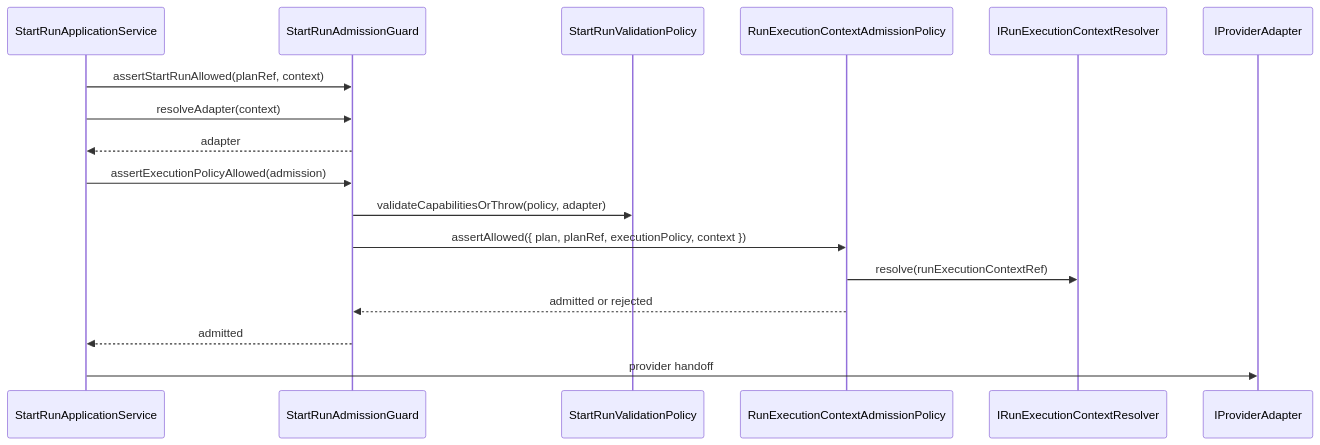
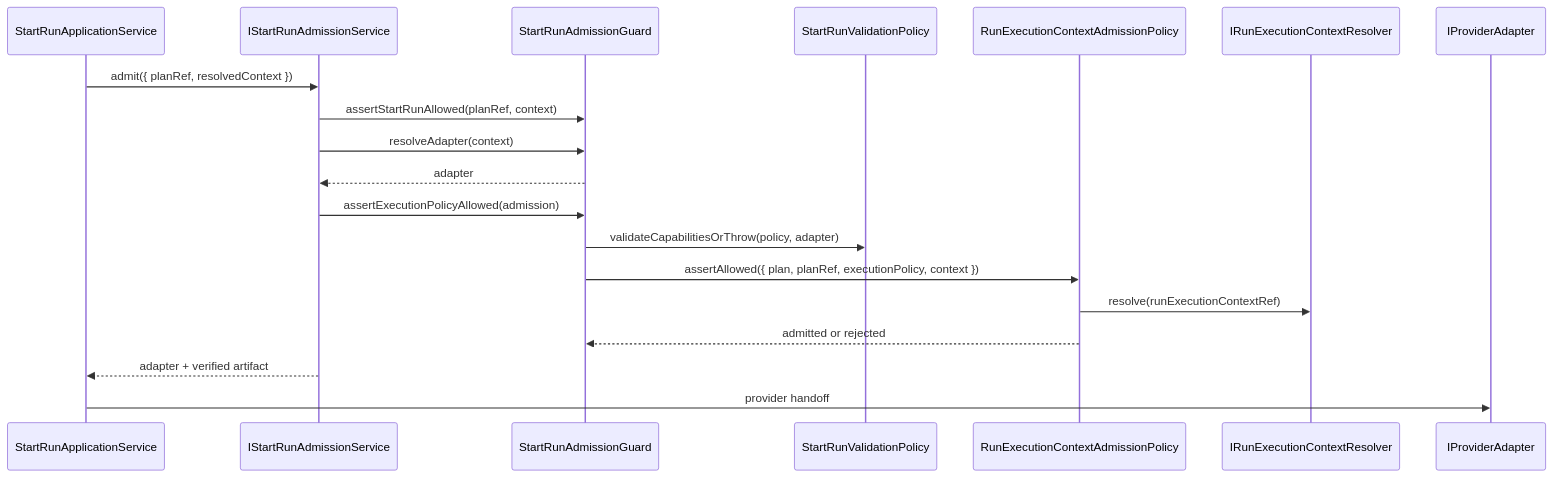
One commit to dunay2/dvt changed the third of 3 diagrams in docs/architecture/components/engine/architecture/start-run-admission-component.md. Above: the diagram before and after it, drawn with Mermaid. The commit also changed other lines of this file and 15 other files, not shown here.

Commit message:
refactor(engine): Inject start-run admission seam

````diff
--- a/docs/architecture/components/engine/architecture/start-run-admission-component.md
+++ b/docs/architecture/components/engine/architecture/start-run-admission-component.md
@@ -111,20 +119,22 @@
 ```mermaid
 sequenceDiagram
   participant UseCase as StartRunApplicationService
+  participant Admission as IStartRunAdmissionService
   participant Guard as StartRunAdmissionGuard
   participant Capabilities as StartRunValidationPolicy
   participant Context as RunExecutionContextAdmissionPolicy
   participant Resolver as IRunExecutionContextResolver
   participant Adapter as IProviderAdapter
 
-  UseCase->>Guard: assertStartRunAllowed(planRef, context)
-  UseCase->>Guard: resolveAdapter(context)
-  Guard-->>UseCase: adapter
-  UseCase->>Guard: assertExecutionPolicyAllowed(admission)
+  UseCase->>Admission: admit({ planRef, resolvedContext })
+  Admission->>Guard: assertStartRunAllowed(planRef, context)
+  Admission->>Guard: resolveAdapter(context)
+  Guard-->>Admission: adapter
+  Admission->>Guard: assertExecutionPolicyAllowed(admission)
   Guard->>Capabilities: validateCapabilitiesOrThrow(policy, adapter)
   Guard->>Context: assertAllowed({ plan, planRef, executionPolicy, context })
   Context->>Resolver: resolve(runExecutionContextRef)
   Context-->>Guard: admitted or rejected
-  Guard-->>UseCase: admitted
+  Admission-->>UseCase: adapter + verified artifact
   UseCase->>Adapter: provider handoff
 ```
````
